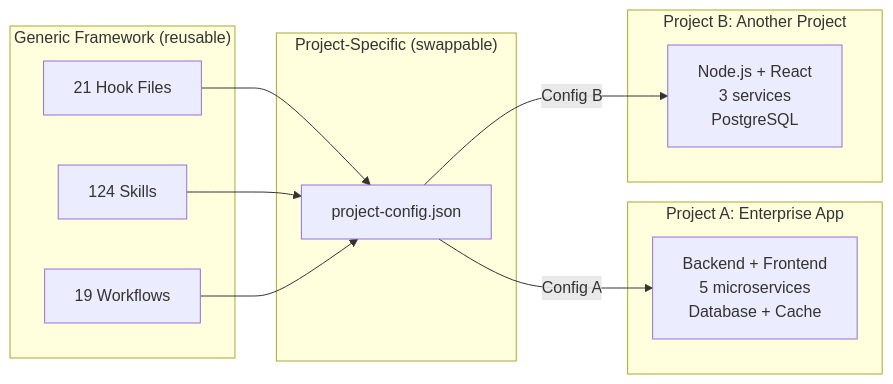
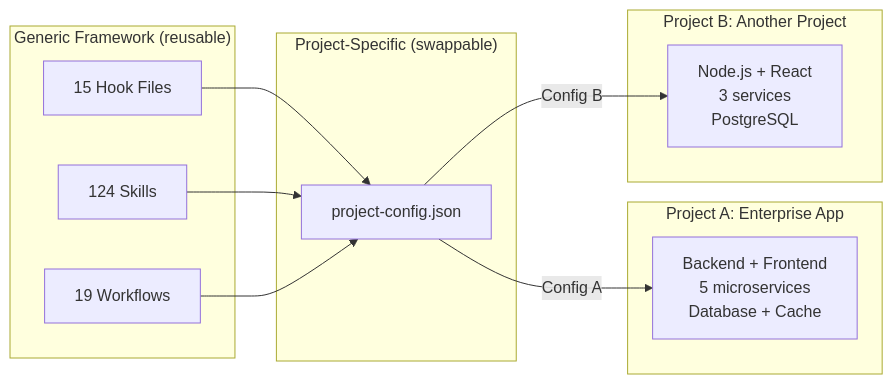
The eighth of 20 diagrams in .claude/docs/claude-ai-agent-framework-guide.md (duc01226/easy-claude), drawn with Mermaid before and after one commit. The commit also changed other lines of this file and 610 other files, not shown here.

````diff
--- a/.claude/docs/claude-ai-agent-framework-guide.md
+++ b/.claude/docs/claude-ai-agent-framework-guide.md
@@ -888,24 +900,24 @@
 ```mermaid
 graph LR
     subgraph "Generic Framework (reusable)"
-        H[21 Hook Files]
+        H[15 Hook Files]
         S[124 Skills]
         W[19 Workflows]
     end
 
     subgraph "Project-Specific (swappable)"
         PC[project-config.json]
     end
 
     subgraph "Project A: Enterprise App"
         PA[Backend + Frontend<br/>5 microservices<br/>Database + Cache]
     end
 
     subgraph "Project B: Another Project"
         PB[Node.js + React<br/>3 services<br/>PostgreSQL]
     end
 
     H & S & W --> PC
     PC -->|Config A| PA
     PC -->|Config B| PB
 ```
````
